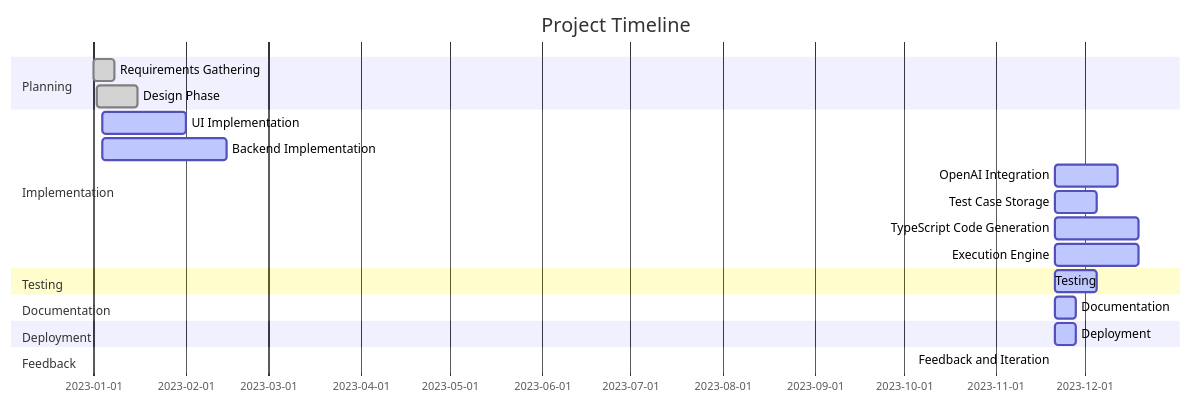
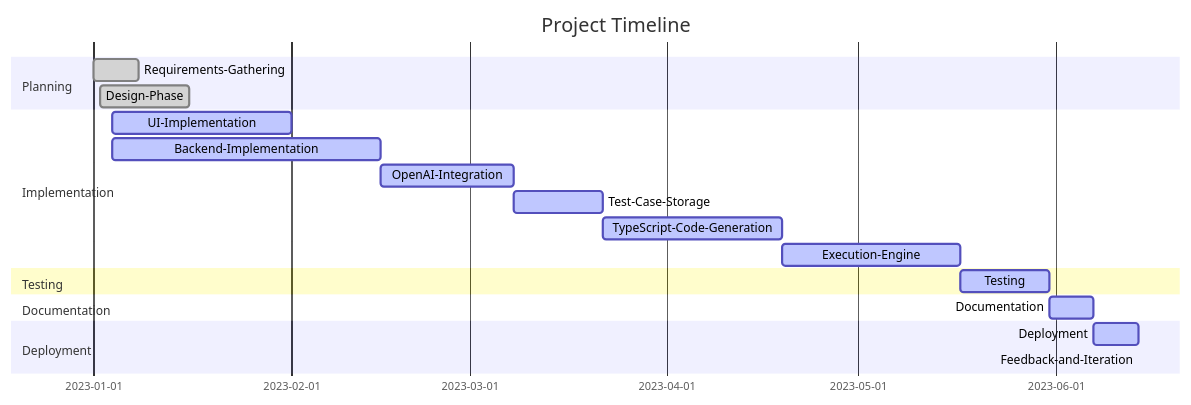
Before and after one commit to tcsteamb/TCS-Hackathon2023: the second of 2 diagrams in Documentation/Architecture.md, drawn with Mermaid.

````diff
--- a/Documentation/Architecture.md
+++ b/Documentation/Architecture.md
@@ -137,23 +137,22 @@
 ```mermaid
 gantt
     title Project Timeline
     dateFormat  YYYY-MM-DD
     section Planning
-    Requirements Gathering         :done, 2023-01-01, 1w
-    Design Phase                   :done, 2023-01-02, 2w
+    Requirements-Gathering         :done, 2023-01-01, 1w
+    Design-Phase                   :done, 2023-01-02, 2w
     section Implementation
-    UI Implementation               :active, 2023-01-04, 4w
-    Backend Implementation         :active, 2023-01-04, 6w
-    OpenAI Integration              :active, after UI Implementation, 3w
-    Test Case Storage               :active, after UI Implementation, 2w
-    TypeScript Code Generation      :active, after Backend Implementation, 4w
-    Execution Engine                :active, after Backend Implementation, 4w
+    UI-Implementation              :active, 2023-01-04, 4w
+    Backend-Implementation         :active, 2023-01-04, 6w
+    OpenAI-Integration             :active, 3w
+    Test-Case-Storage              :active, 2w
+    TypeScript-Code-Generation     :active, 4w
+    Execution-Engine               :active, 4w
     section Testing
-    Testing                         :active, after UI Implementation, 2w
+    Testing                        :active, 2w
     section Documentation
-    Documentation                   :active, after Testing, 1w
+    Documentation                  :active, 1w
     section Deployment
-    Deployment                      :active, after Documentation, 1w
-    section Feedback
-    Feedback and Iteration          :active, after Deployment, ongoing
+    Deployment                     :active, 1w
+    Feedback-and-Iteration         :active, ongoing
 ```
````
